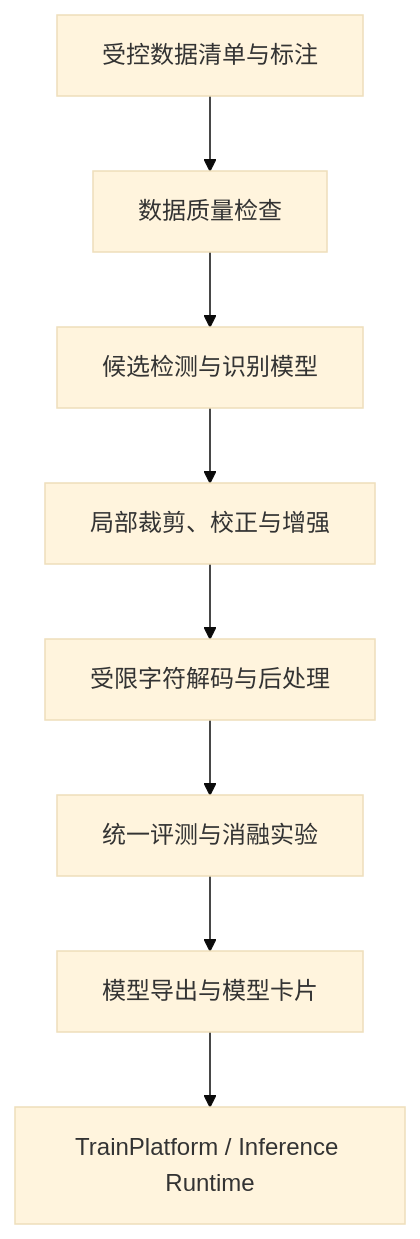
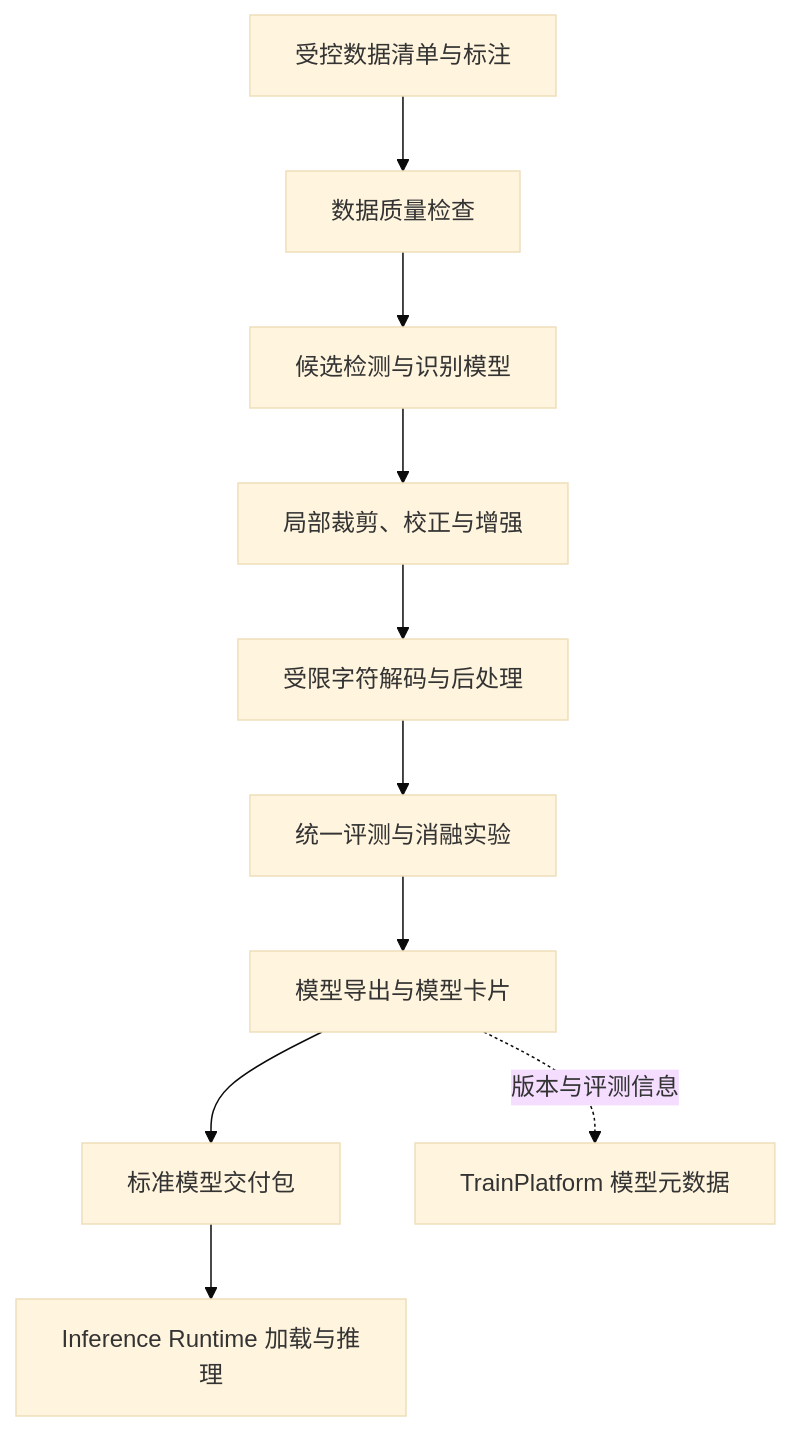
The diagram in README.md (QingMouFoodDate/ModelTrain), drawn with Mermaid (base theme) before and after one commit. The commit also changed other lines of this file, not shown here.

````diff
--- a/README.md
+++ b/README.md
@@ -35,10 +41,12 @@
 ```mermaid
 flowchart TD
     A["受控数据清单与标注"] --> B["数据质量检查"]
     B --> C["候选检测与识别模型"]
     C --> D["局部裁剪、校正与增强"]
     D --> E["受限字符解码与后处理"]
     E --> F["统一评测与消融实验"]
     F --> G["模型导出与模型卡片"]
-    G --> H["TrainPlatform / Inference Runtime"]
+    G --> H["标准模型交付包"]
+    H --> I["Inference Runtime 加载与推理"]
+    G -.版本与评测信息.-> J["TrainPlatform 模型元数据"]
 ```
````
